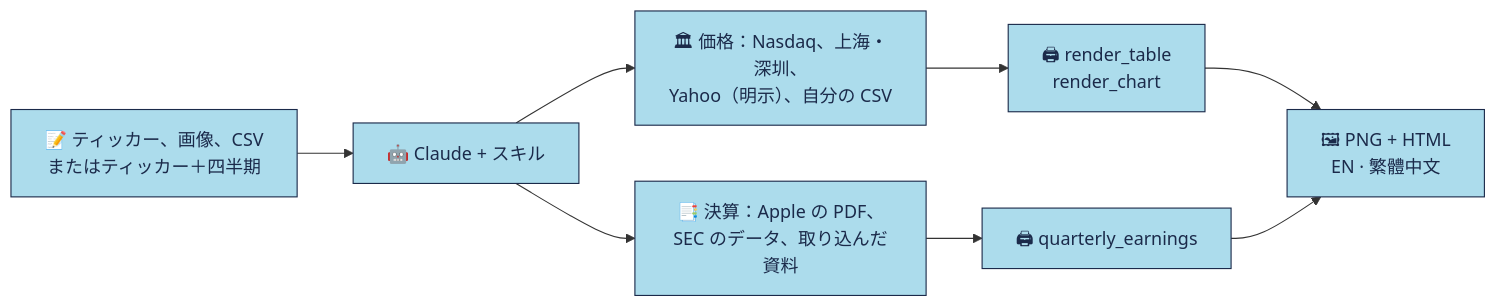
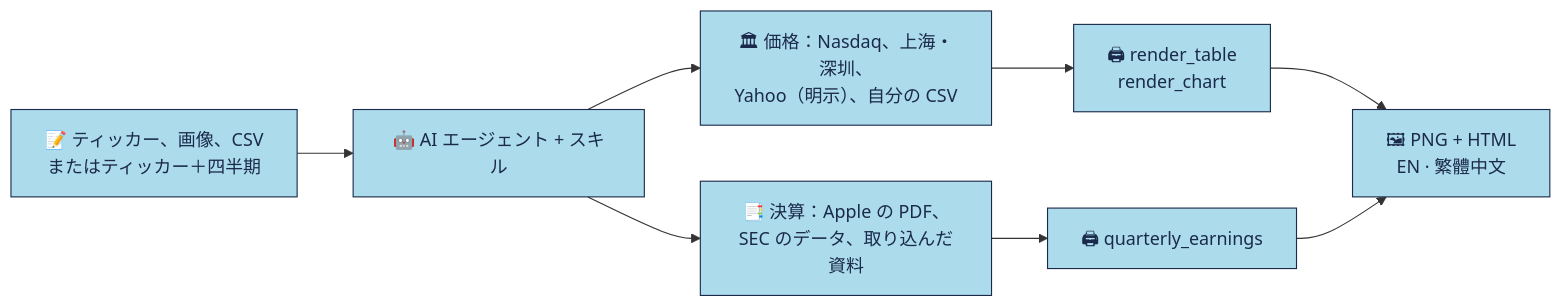
Before and after one commit to imoneys10k/schwab-table: the diagram in README.ja.md, drawn with Mermaid. The commit also changed other lines of this file and 11 other files, not shown here.

````diff
--- a/README.ja.md
+++ b/README.ja.md
@@ -39,12 +39,12 @@
 ```mermaid
 flowchart LR
-  A["📝 ティッカー、画像、CSV<br/>またはティッカー＋四半期"] --> B["🤖 Claude + スキル"]
+  A["📝 ティッカー、画像、CSV<br/>またはティッカー＋四半期"] --> B["🤖 AI エージェント + スキル"]
   B --> C["🏛 価格：Nasdaq、上海・深圳、<br/>Yahoo（明示）、自分の CSV"]
   B --> F["📑 決算：Apple の PDF、<br/>SEC のデータ、取り込んだ資料"]
   C --> D["🖨 render_table<br/>render_chart"]
   F --> G["🖨 quarterly_earnings"]
   D --> E["🖼 PNG + HTML<br/>EN · 繁體中文"]
   G --> E
   classDef n fill:#ACDCEC,stroke:#1B2A4A,color:#1B2A4A,stroke-width:1px;
   class A,B,C,D,E,F,G n;
 ```
````
